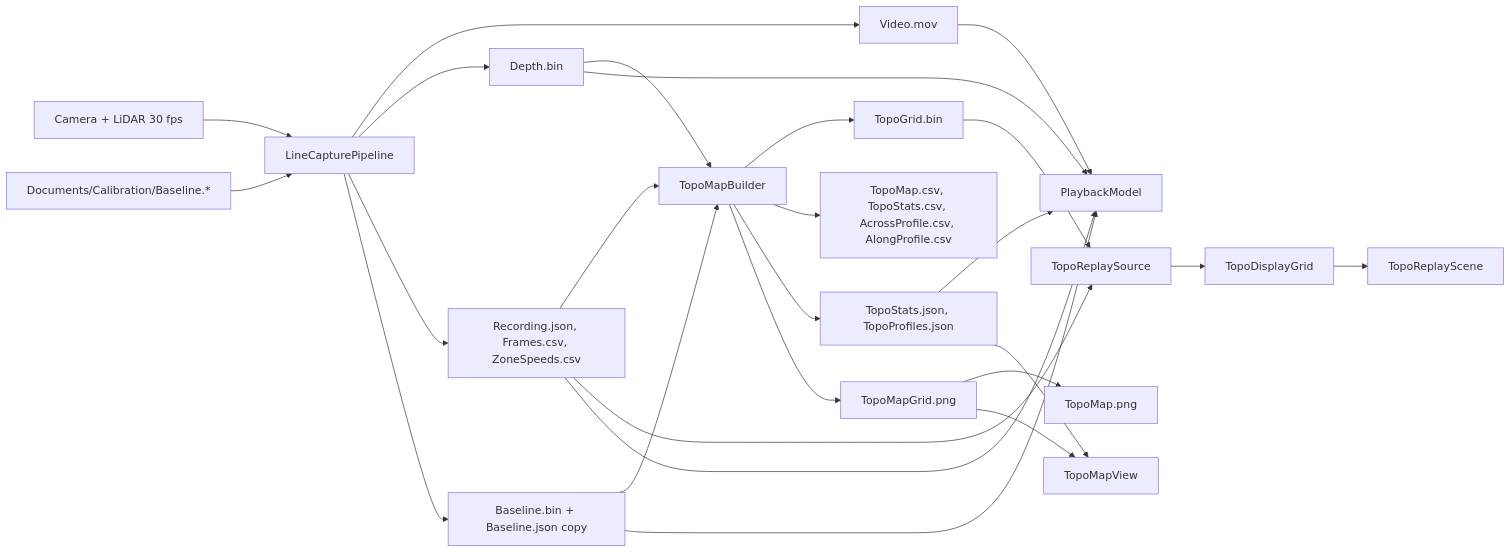
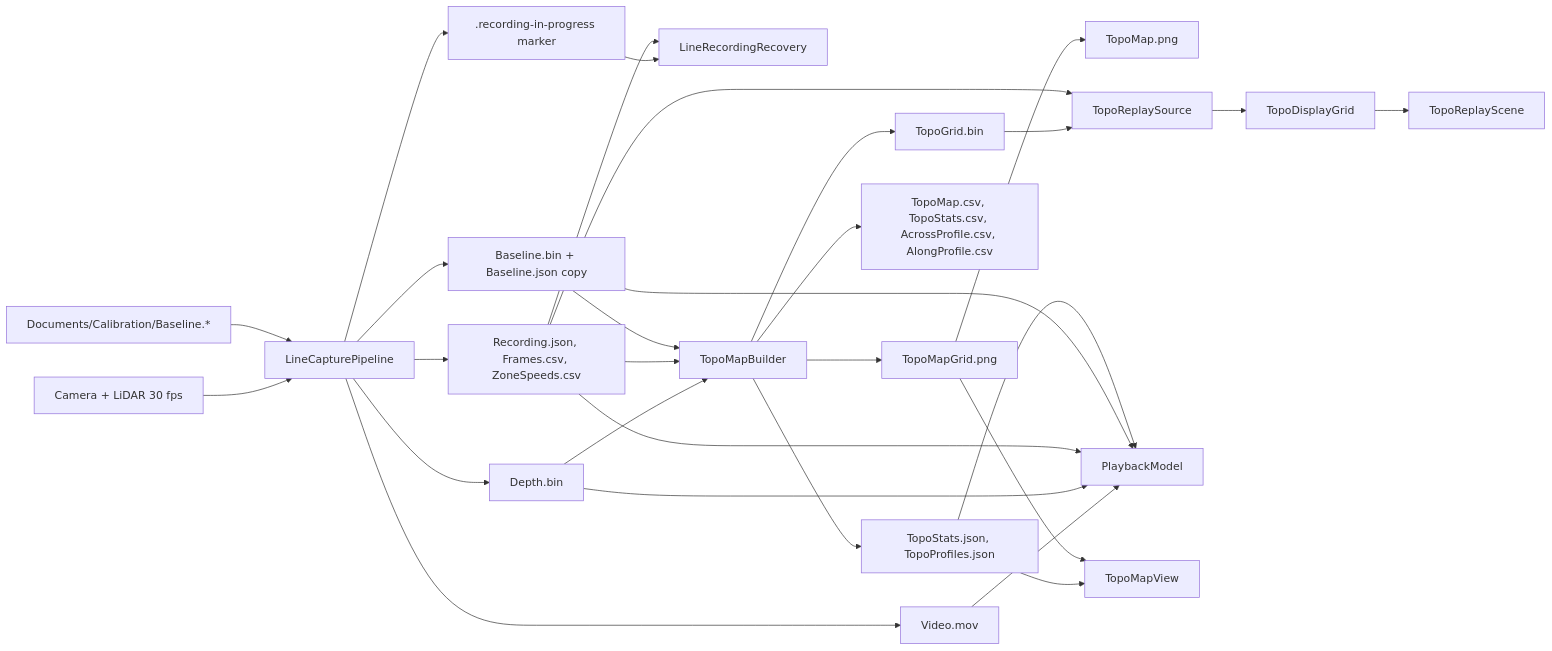
Before and after one commit to AliG1111/PhoneLidar: the fourth of 4 diagrams in docs/design.md, drawn with Mermaid. The commit also changed other lines of this file and 5 other files, not shown here.

````diff
--- a/docs/design.md
+++ b/docs/design.md
@@ -226,27 +247,30 @@
 ```mermaid
 flowchart LR
   CAM["Camera + LiDAR 30 fps"] --> PIPE["LineCapturePipeline"]
   CAL["Documents/Calibration/Baseline.*"] --> PIPE
   PIPE --> MOV["Video.mov"]
   PIPE --> DEP["Depth.bin"]
   PIPE --> META["Recording.json, Frames.csv, ZoneSpeeds.csv"]
+  PIPE --> MARK[".recording-in-progress marker"]
+  MARK --> RECV["LineRecordingRecovery"]
+  META --> RECV
   PIPE --> BC["Baseline.bin + Baseline.json copy"]
   DEP --> TMB["TopoMapBuilder"]
   META --> TMB
   BC --> TMB
   TMB --> GRID["TopoGrid.bin"]
   TMB --> CSVS["TopoMap.csv, TopoStats.csv, AcrossProfile.csv, AlongProfile.csv"]
   TMB --> JS["TopoStats.json, TopoProfiles.json"]
   TMB --> PNG["TopoMapGrid.png"]
   PNG --> COMP["TopoMap.png"]
   GRID --> SRC["TopoReplaySource"]
   META --> SRC
   SRC --> DG["TopoDisplayGrid"] --> SCN["TopoReplayScene"]
   MOV --> PB["PlaybackModel"]
   DEP --> PB
   META --> PB
   BC --> PB
   JS --> PB
   JS --> TMV["TopoMapView"]
   PNG --> TMV
 ```
````
